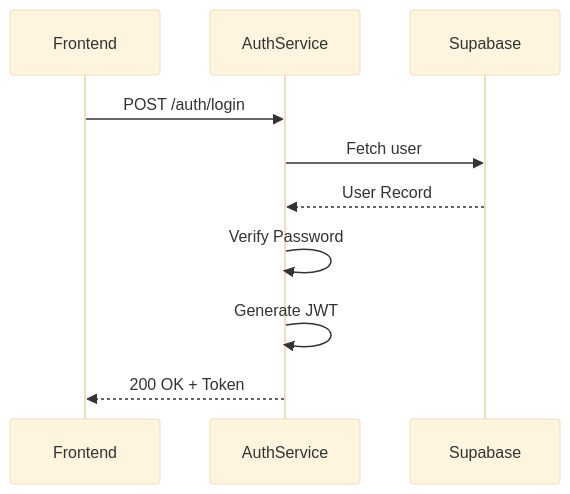
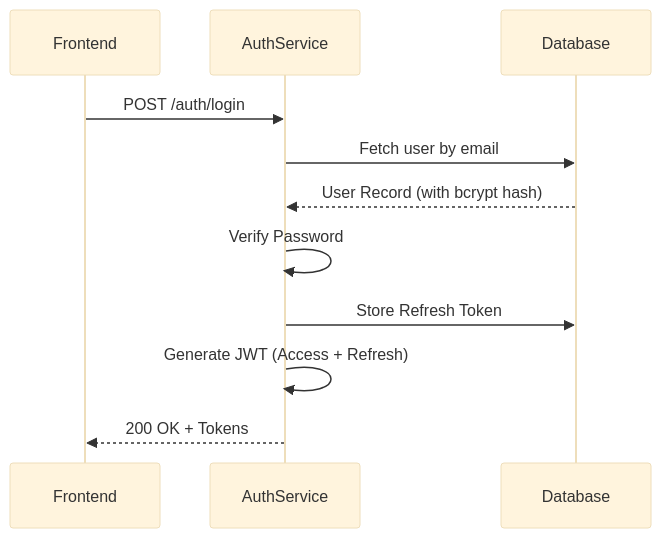
One commit to R26-SE-039/auth-service changed the first of 2 diagrams in docs/auth_service_architecture.md. Above: the diagram before and after it, drawn with Mermaid (base theme). The commit also changed other lines of this file and 37 other files, not shown here.

````diff
--- a/docs/auth_service_architecture.md
+++ b/docs/auth_service_architecture.md
@@ -54,9 +39,10 @@
 ```mermaid
 sequenceDiagram
 Frontend->>AuthService: POST /auth/login
-AuthService->>Supabase: Fetch user
-Supabase-->>AuthService: User Record
+AuthService->>Database: Fetch user by email
+Database-->>AuthService: User Record (with bcrypt hash)
 AuthService->>AuthService: Verify Password
-AuthService->>AuthService: Generate JWT
-AuthService-->>Frontend: 200 OK + Token
+AuthService->>Database: Store Refresh Token
+AuthService->>AuthService: Generate JWT (Access + Refresh)
+AuthService-->>Frontend: 200 OK + Tokens
 ```
````
